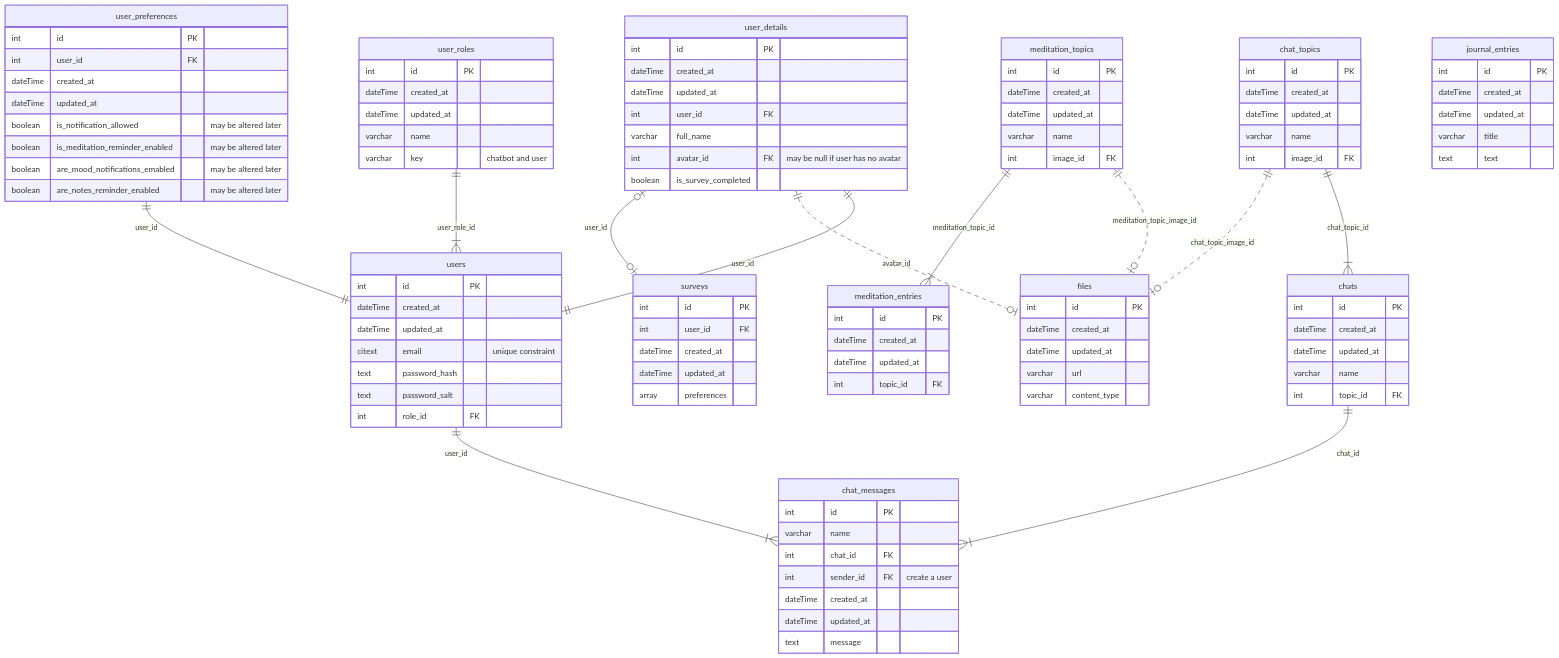
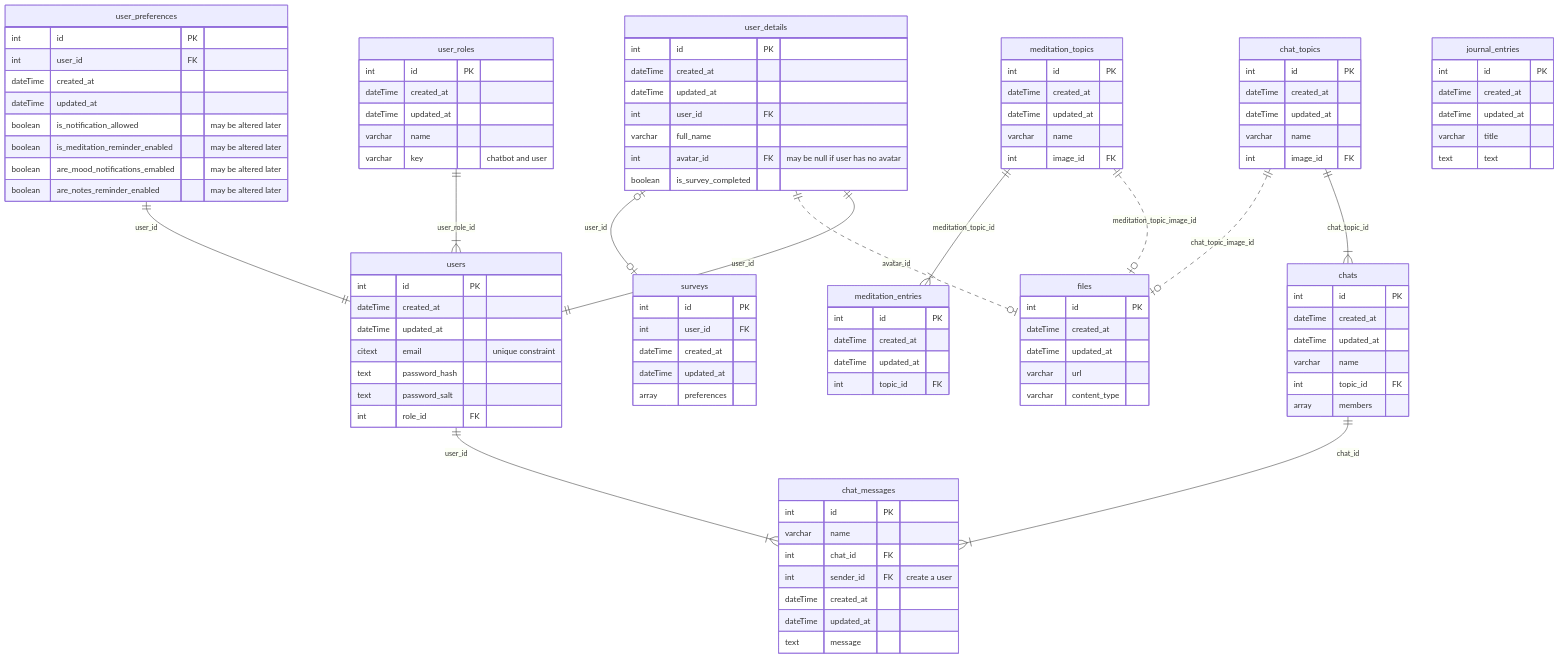
Before and after one commit to BinaryStudioAcademy/bsa-2023-calmpal: the diagram in readme.md, drawn with Mermaid. The commit also changed 2 other files, not shown here.

Commit message:
cp-189: + members column in chats table

```diff
--- a/readme.md
+++ b/readme.md
@@ -81,6 +81,7 @@
       dateTime updated_at
       varchar name
       int topic_id FK
+      array members
    }
    chat_messages {
       int id PK
```
